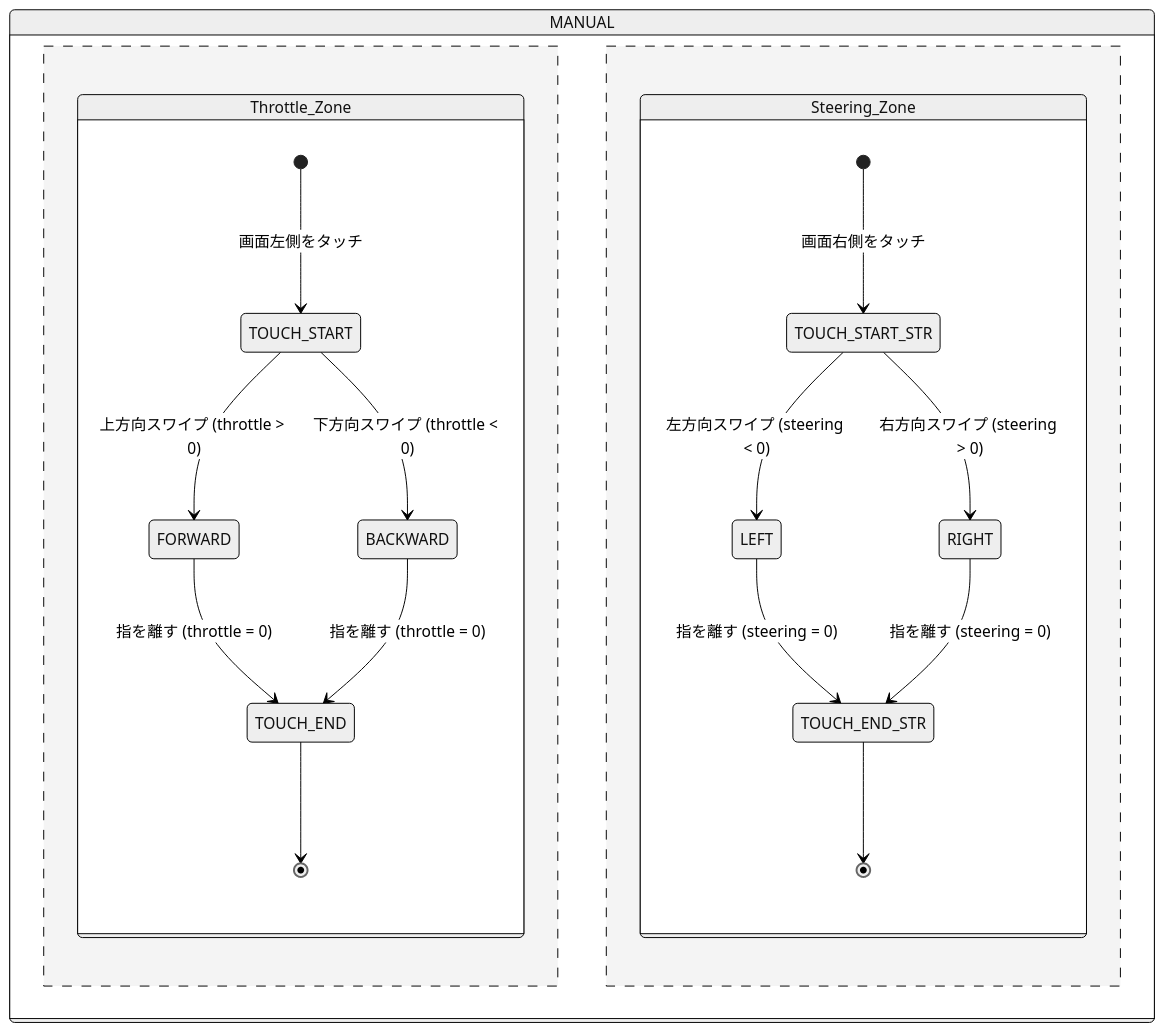
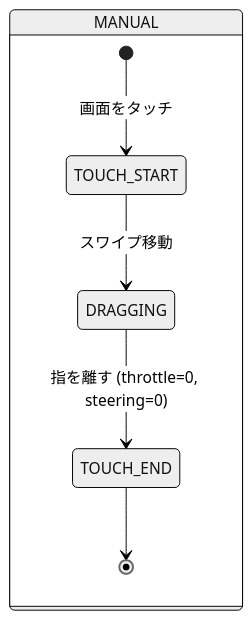
Before and after one commit to tut-cc/mini-4wd-webapp: the third of 3 diagrams in docs/ui-spec.md, drawn with Mermaid (neutral theme). The commit also changed other lines of this file and 4 other files, not shown here.

````diff
--- a/docs/ui-spec.md
+++ b/docs/ui-spec.md
@@ -107,22 +105,9 @@
 ```mermaid
 stateDiagram-v2
     state MANUAL {
-        state Throttle_Zone {
-            [*] --> TOUCH_START: 画面左側をタッチ
-            TOUCH_START --> FORWARD: 上方向スワイプ (throttle > 0)
-            TOUCH_START --> BACKWARD: 下方向スワイプ (throttle < 0)
-            FORWARD --> TOUCH_END: 指を離す (throttle = 0)
-            BACKWARD --> TOUCH_END: 指を離す (throttle = 0)
-            TOUCH_END --> [*]
-        }
-        --
-        state Steering_Zone {
-            [*] --> TOUCH_START_STR: 画面右側をタッチ
-            TOUCH_START_STR --> LEFT: 左方向スワイプ (steering < 0)
-            TOUCH_START_STR --> RIGHT: 右方向スワイプ (steering > 0)
-            LEFT --> TOUCH_END_STR: 指を離す (steering = 0)
-            RIGHT --> TOUCH_END_STR: 指を離す (steering = 0)
-            TOUCH_END_STR --> [*]
-        }
+        [*] --> TOUCH_START: 画面をタッチ
+        TOUCH_START --> DRAGGING: スワイプ移動
+        DRAGGING --> TOUCH_END: 指を離す (throttle=0, steering=0)
+        TOUCH_END --> [*]
     }
 ```
````
